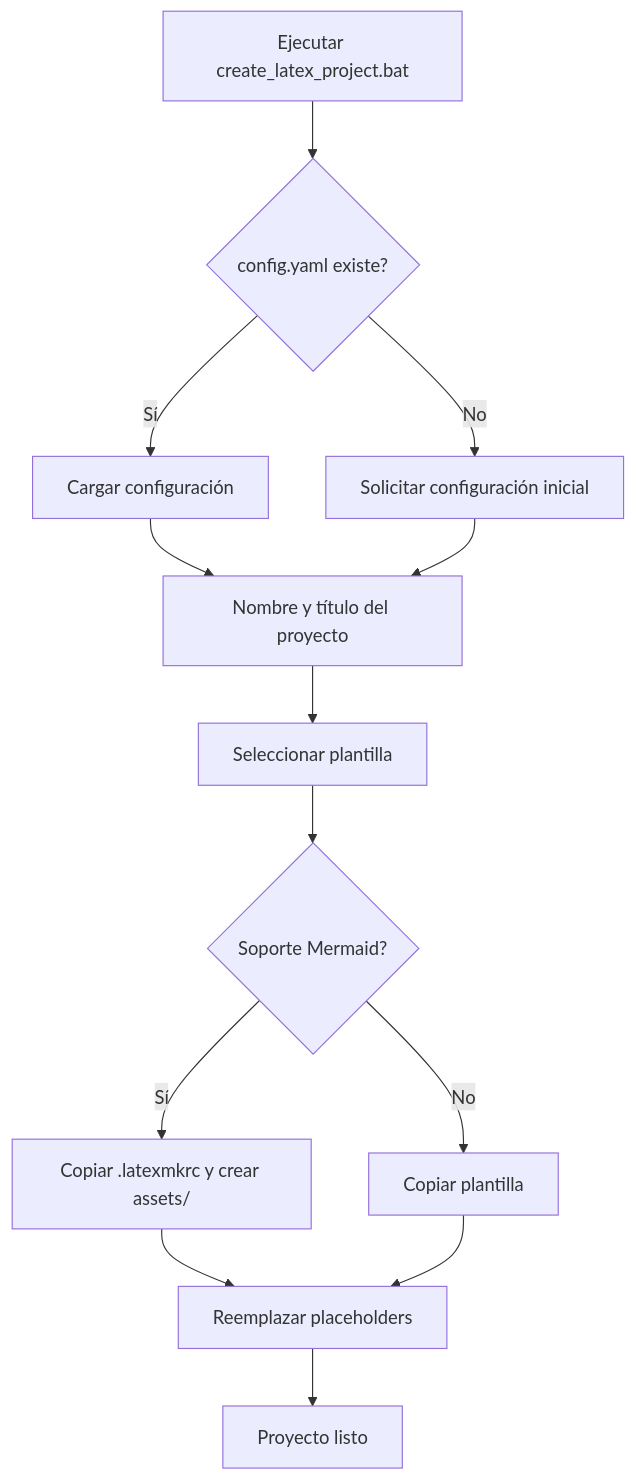
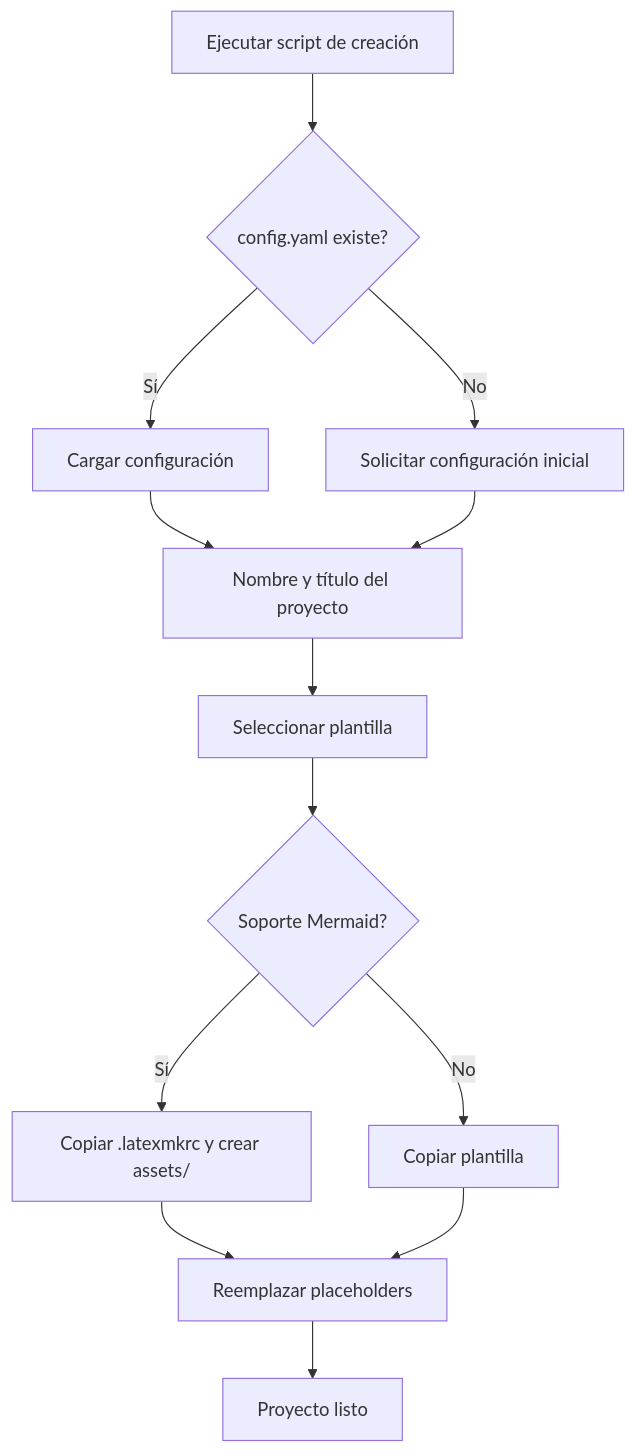
The diagram in README.md (JheisonMB/LaTeX_env), drawn with Mermaid before and after one commit. The commit also changed other lines of this file and 6 other files, not shown here.

````diff
--- a/README.md
+++ b/README.md
@@ -7,15 +7,15 @@
 ```mermaid
 flowchart TD
-    A[Ejecutar create_latex_project.bat] --> B{config.yaml existe?}
+    A[Ejecutar script de creación] --> B{config.yaml existe?}
     B -->|Sí| C[Cargar configuración]
     B -->|No| D[Solicitar configuración inicial]
     C --> E[Nombre y título del proyecto]
     D --> E
     E --> F[Seleccionar plantilla]
     F --> G{Soporte Mermaid?}
     G -->|Sí| H[Copiar .latexmkrc y crear assets/]
     G -->|No| I[Copiar plantilla]
     H --> J[Reemplazar placeholders]
     I --> J
     J --> K[Proyecto listo]
 ```
````
